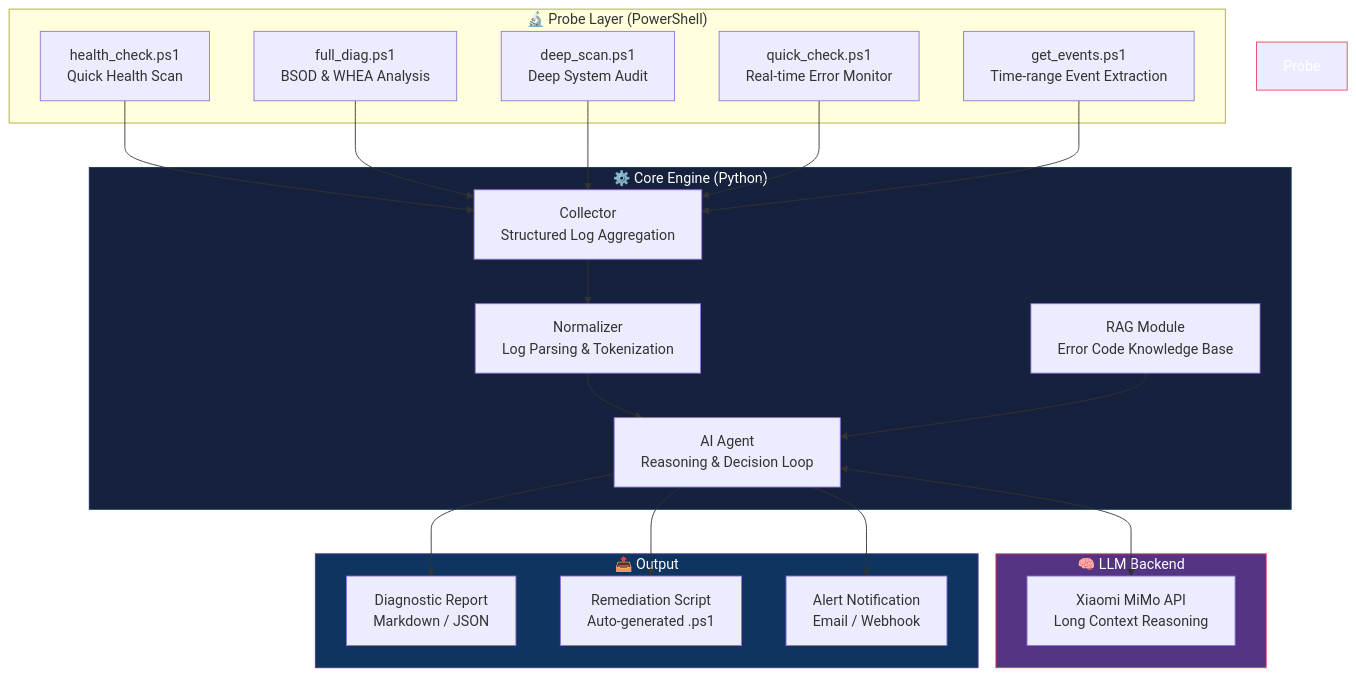
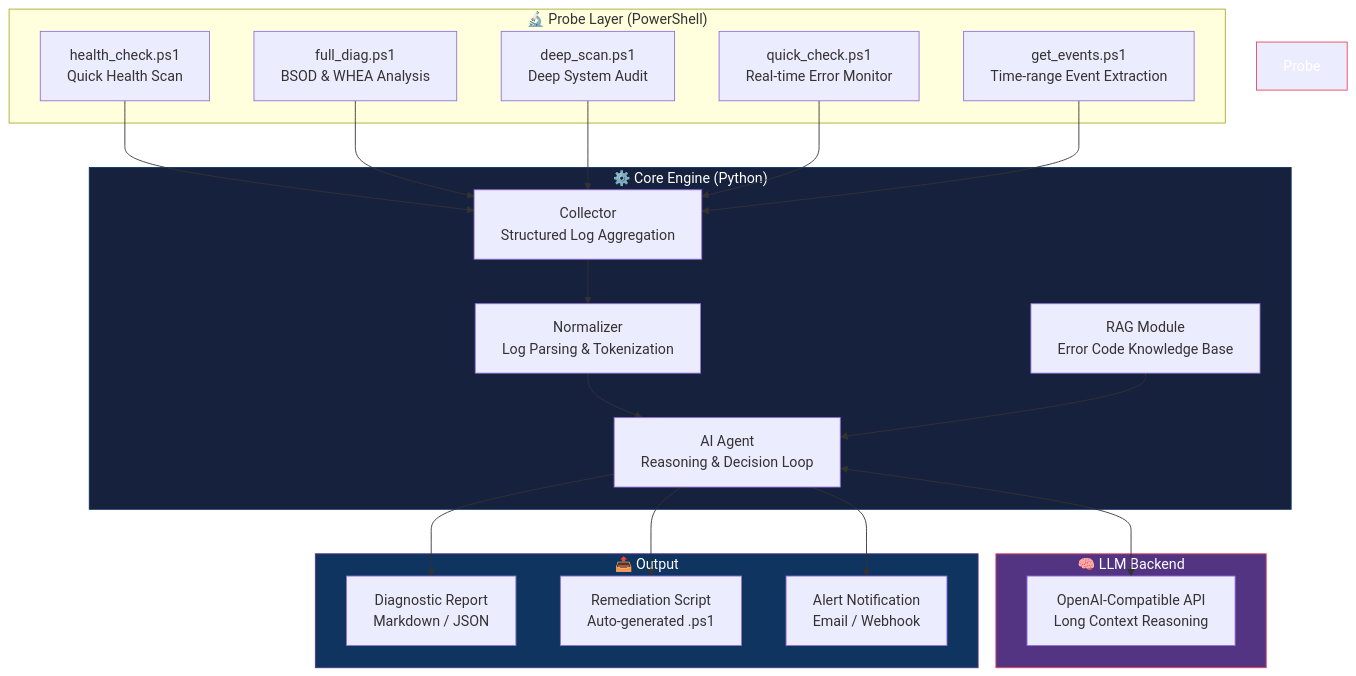
One commit to kzeokytjvwhnrtl13otf-bit/omnidiag-ai changed the diagram in README.md. Above: the diagram before and after it, drawn with Mermaid. The commit also changed other lines of this file and 5 other files, not shown here.

First line of the commit message:
refactor: decouple from vendor-specific LLM, adopt OpenAI-compatible API standard

````diff
--- a/README.md
+++ b/README.md
@@ -54,45 +54,45 @@
 ```mermaid
 graph TB
     subgraph Probe Layer ["🔬 Probe Layer (PowerShell)"]
         HC[health_check.ps1<br/>Quick Health Scan]
         FD[full_diag.ps1<br/>BSOD & WHEA Analysis]
         DS[deep_scan.ps1<br/>Deep System Audit]
         QC[quick_check.ps1<br/>Real-time Error Monitor]
         GE[get_events.ps1<br/>Time-range Event Extraction]
     end
 
     subgraph Core ["⚙️ Core Engine (Python)"]
         COLL[Collector<br/>Structured Log Aggregation]
         NORM[Normalizer<br/>Log Parsing & Tokenization]
         RAG[RAG Module<br/>Error Code Knowledge Base]
         AGENT[AI Agent<br/>Reasoning & Decision Loop]
     end
 
     subgraph LLM ["🧠 LLM Backend"]
-        MIMO[Xiaomi MiMo API<br/>Long Context Reasoning]
+        LLM_API[OpenAI-Compatible API<br/>Long Context Reasoning]
     end
 
     subgraph Output ["📤 Output"]
         REPORT[Diagnostic Report<br/>Markdown / JSON]
         FIX[Remediation Script<br/>Auto-generated .ps1]
         ALERT[Alert Notification<br/>Email / Webhook]
     end
 
     HC --> COLL
     FD --> COLL
     DS --> COLL
     QC --> COLL
     GE --> COLL
     COLL --> NORM
     NORM --> AGENT
     RAG --> AGENT
-    AGENT <--> MIMO
+    AGENT <--> LLM_API
     AGENT --> REPORT
     AGENT --> FIX
     AGENT --> ALERT
 
     style Probe Layer fill:#1a1a2e,stroke:#e94560,color:#fff
     style Core fill:#16213e,stroke:#0f3460,color:#fff
     style LLM fill:#533483,stroke:#e94560,color:#fff
     style Output fill:#0f3460,stroke:#533483,color:#fff
 ```
````
